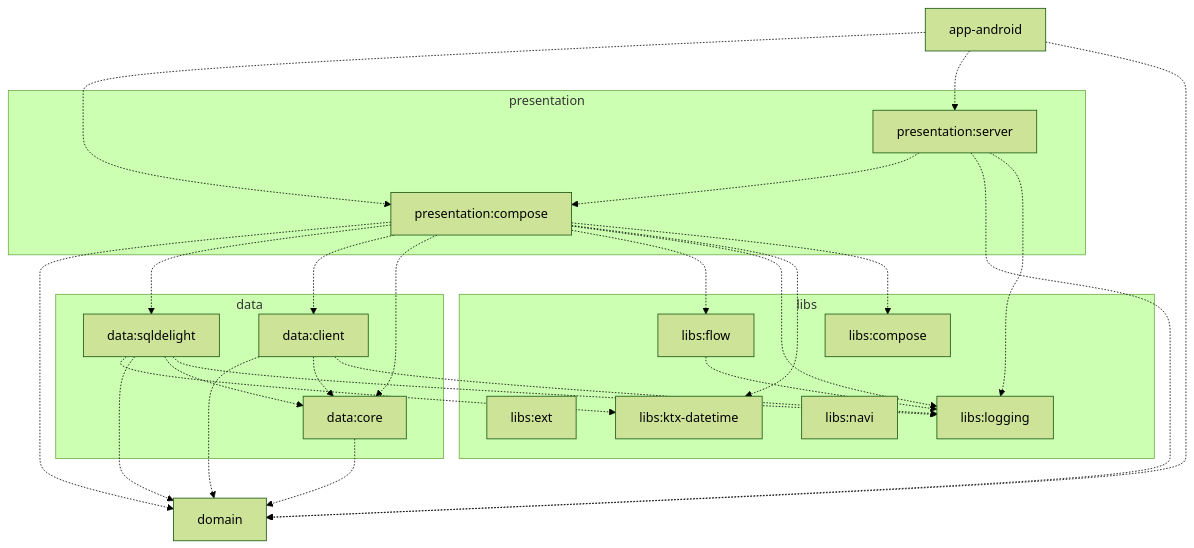
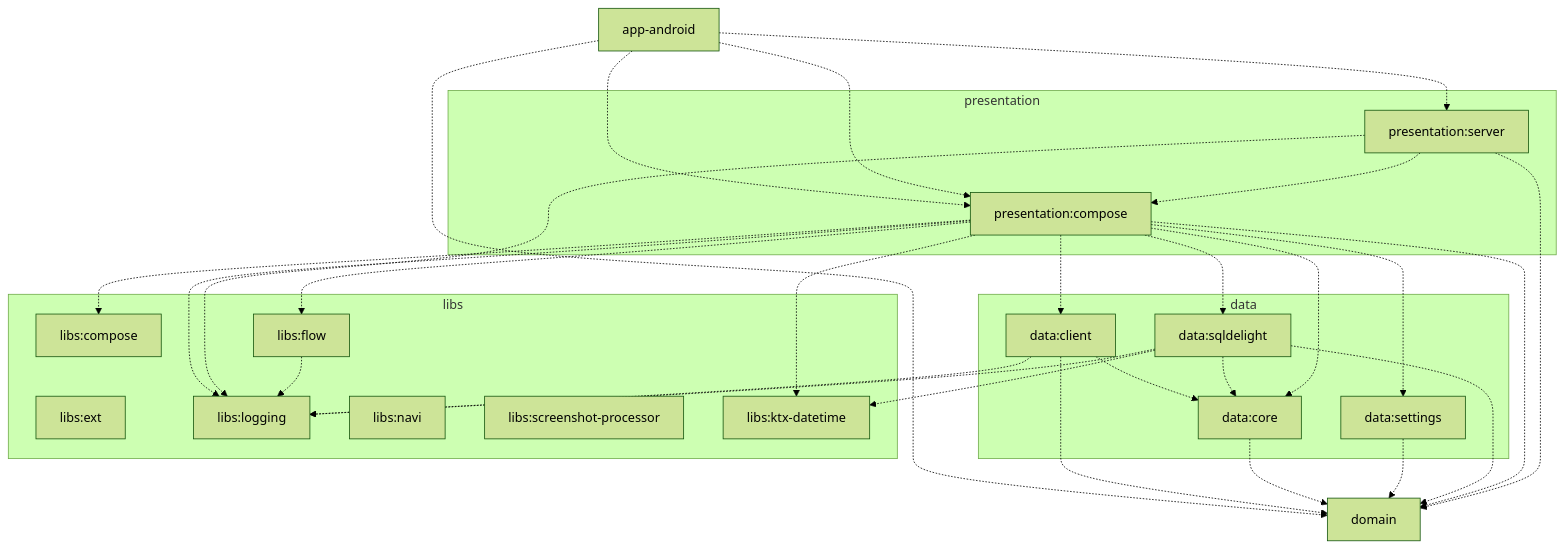
The first of 2 diagrams in README.md (eholtrop/lift-bro), drawn with Mermaid (forest theme) before and after one commit. The commit also changed other lines of this file and 7 other files, not shown here.

````diff
--- a/README.md
+++ b/README.md
@@ -11,45 +11,50 @@
 ```mermaid
 graph TD
   subgraph data
     data:client
     data:core
+    data:settings
     data:sqldelight
   end
   subgraph libs
     libs:ext
     libs:logging
     libs:navi
+    libs:screenshot-processor
     libs:compose
     libs:flow
     libs:ktx-datetime
   end
   subgraph presentation
     presentation:compose
     presentation:server
   end
 
  app-android -.-> presentation:compose
  app-android -.-> presentation:server
  app-android -.-> domain
+ app-android -.-> presentation:compose
  data:client -.-> domain
  data:client -.-> data:core
  data:client -.-> libs:logging
  data:core -.-> domain
+ data:settings -.-> domain
  data:sqldelight -.-> libs:ktx-datetime
  data:sqldelight -.-> domain
  data:sqldelight -.-> data:core
  data:sqldelight -.-> libs:logging
  presentation:compose -.-> domain
  presentation:compose -.-> data:sqldelight
  presentation:compose -.-> data:client
  presentation:compose -.-> data:core
+ presentation:compose -.-> data:settings
  presentation:compose -.-> libs:flow
  presentation:compose -.-> libs:logging
  presentation:compose -.-> libs:ktx-datetime
  presentation:compose -.-> libs:compose
  presentation:server -.-> presentation:compose
  presentation:server -.-> domain
  presentation:server -.-> libs:logging
  libs:flow -.-> libs:logging
 
 ```
````
